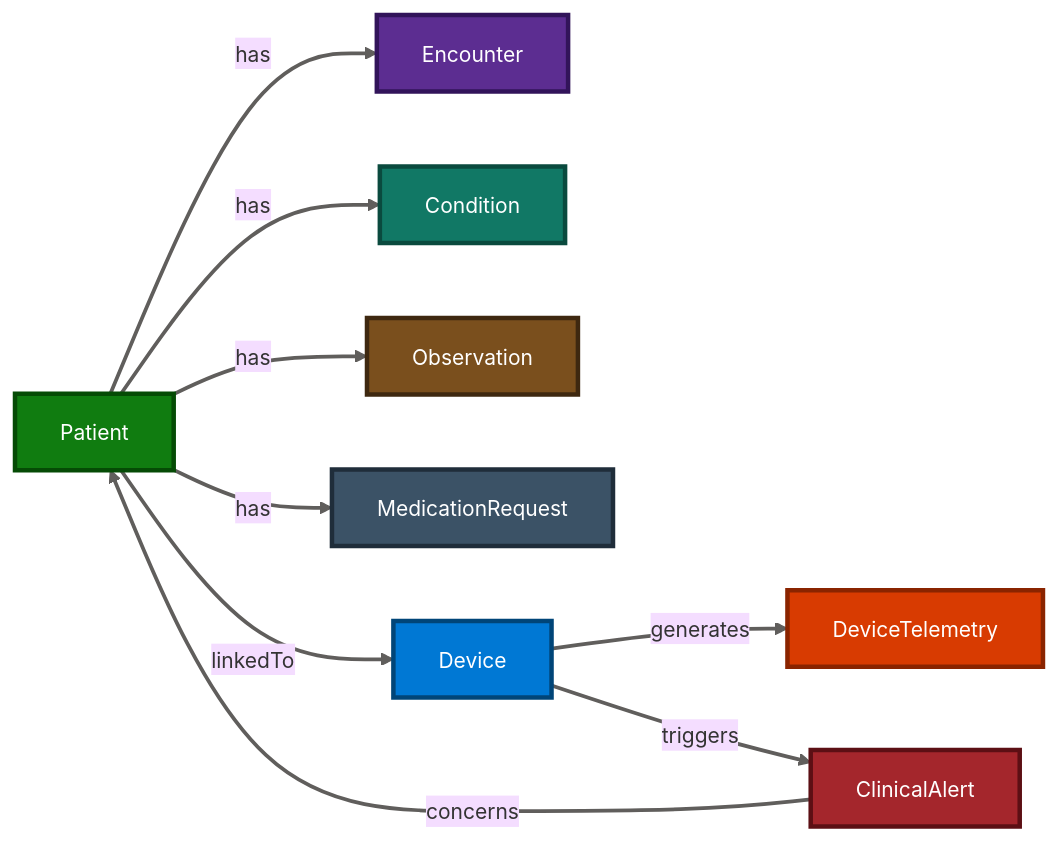
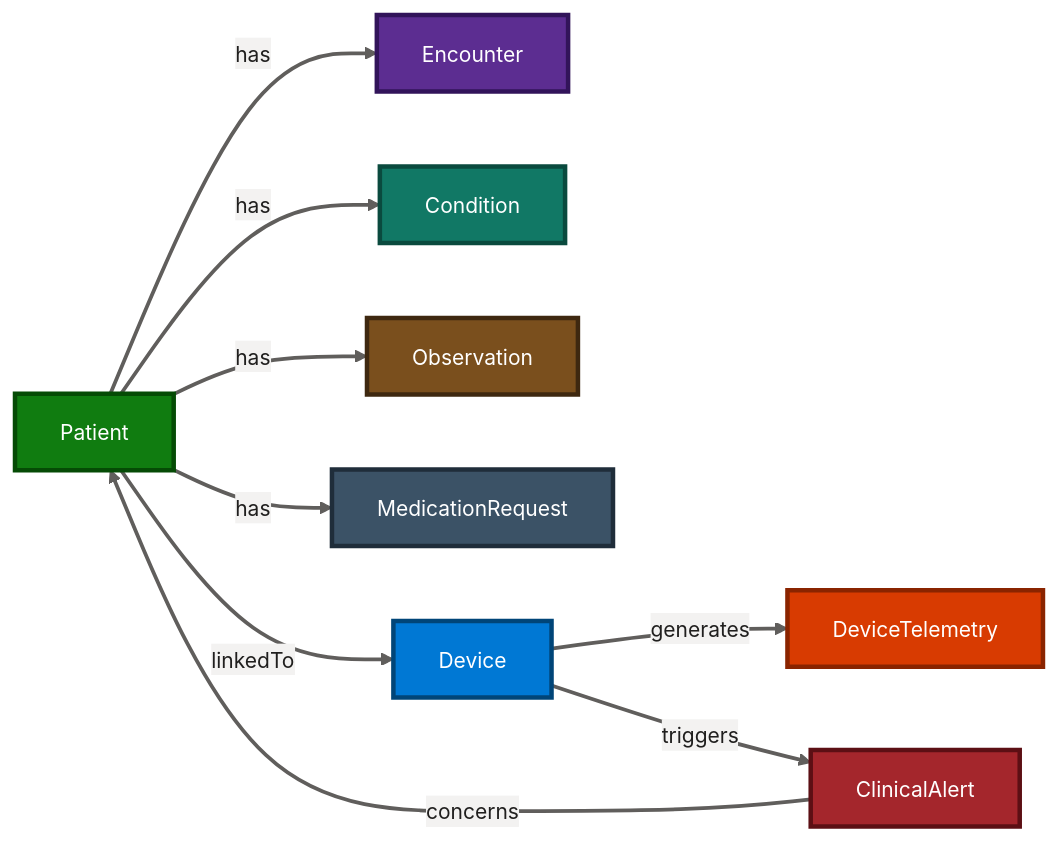
Before and after one commit to michaelhuot-msft/med-device-fabric-emulator: the fourth of 4 diagrams in README.md, drawn with Mermaid. The commit also changed other lines of this file, not shown here.

First line of the commit message:
docs: add neutralLighterAlt canvas to mermaid diagrams for dark-mode legibility

````diff
--- a/README.md
+++ b/README.md
@@ -326,22 +326,22 @@
 ```mermaid
-%%{init: {'theme':'base','themeVariables':{'fontSize':'14px','lineColor':'#605E5C'}}}%%
+%%{init: {'theme':'base','themeVariables':{'fontSize':'14px','lineColor':'#605E5C','background':'#F3F2F1','primaryTextColor':'#201F1E','edgeLabelBackground':'#F3F2F1'}}}%%
 graph LR
     Patient -->|has| Encounter
     Patient -->|has| Condition
     Patient -->|has| Observation
     Patient -->|has| MedicationRequest
     Patient -->|linkedTo| Device
     Device -->|generates| DeviceTelemetry
     Device -->|triggers| ClinicalAlert
     ClinicalAlert -->|concerns| Patient
 
     style Patient fill:#107C10,stroke:#054B05,stroke-width:3px,color:#FFFFFF
     style Device fill:#0078D4,stroke:#004578,stroke-width:3px,color:#FFFFFF
     style DeviceTelemetry fill:#D83B01,stroke:#8A2400,stroke-width:3px,color:#FFFFFF
     style ClinicalAlert fill:#A4262C,stroke:#5C0F14,stroke-width:3px,color:#FFFFFF
     style Encounter fill:#5C2D91,stroke:#32145A,stroke-width:3px,color:#FFFFFF
     style Condition fill:#117865,stroke:#0A4A3E,stroke-width:3px,color:#FFFFFF
     style Observation fill:#7A4F1D,stroke:#3E2810,stroke-width:3px,color:#FFFFFF
     style MedicationRequest fill:#3B5266,stroke:#1F2D3A,stroke-width:3px,color:#FFFFFF
     linkStyle default stroke:#605E5C,stroke-width:2.5px
 ```
````
